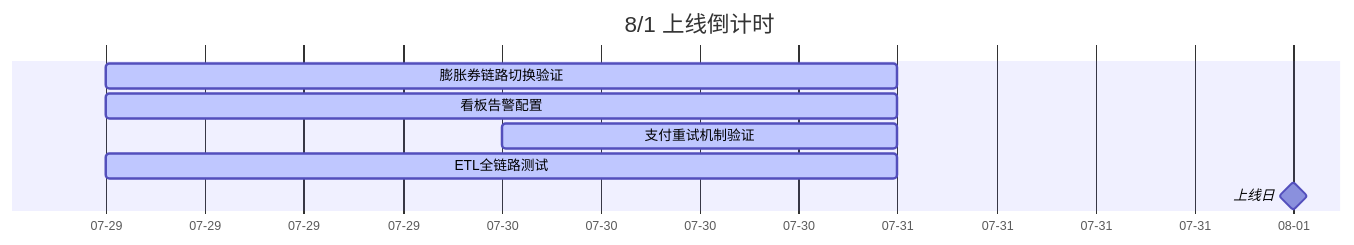
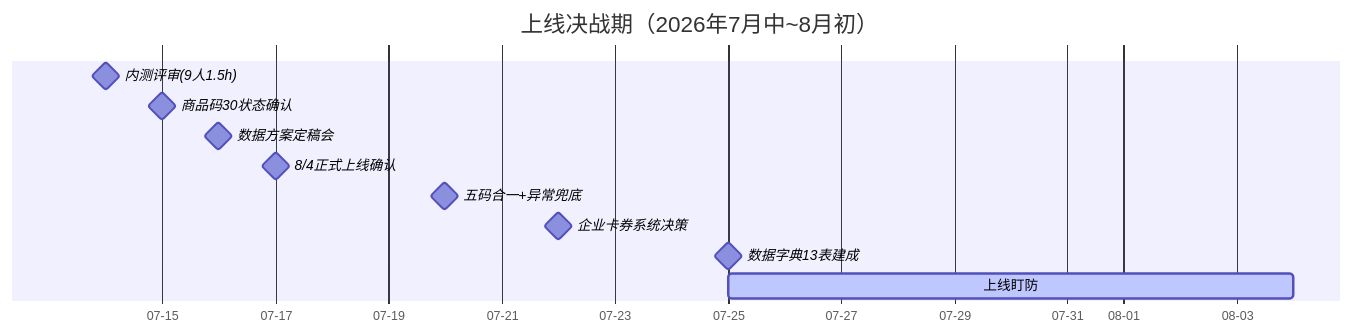
Before and after one commit to yingji945/obsidian-vault: the fifth of 5 diagrams in 项目沉淀/一物一码/07-项目全景/一物一码项目全生命周期地图.md, drawn with Mermaid. The commit also changed other lines of this file, not shown here.

Commit message:
重构：一物一码全生命周期地图→三轨并行版（业务+研发+数据），标注9个交叉影响节点⚡

````diff
--- a/项目沉淀/一物一码/07-项目全景/一物一码项目全生命周期地图.md
+++ b/项目沉淀/一物一码/07-项目全景/一物一码项目全生命周期地图.md
@@ -141,12 +242,15 @@
 ```mermaid
 gantt
-    title 8/1 上线倒计时
+    title 上线决战期（2026年7月中~8月初）
     dateFormat  YYYY-MM-DD
     axisFormat  %m-%d
-    
-    膨胀券链路切换验证          :active, 2026-07-29, 2026-07-31
-    看板告警配置                :active, 2026-07-29, 2026-07-31
-    支付重试机制验证            :active, 2026-07-30, 2026-07-31
-    ETL全链路测试              :active, 2026-07-29, 2026-07-31
-    上线日                      :milestone, 2026-08-01, 0d
+
+    内测评审(9人1.5h)  :milestone, 2026-07-14, 0d
+    商品码30状态确认    :milestone, 2026-07-15, 0d
+    数据方案定稿会      :milestone, 2026-07-16, 0d
+    8/4正式上线确认     :milestone, 2026-07-17, 0d
+    五码合一+异常兜底   :milestone, 2026-07-20, 0d
+    企业卡券系统决策    :milestone, 2026-07-22, 0d
+    数据字典13表建成    :milestone, 2026-07-25, 0d
+    上线盯防            :active, 2026-07-25, 2026-08-04
 ```
````
